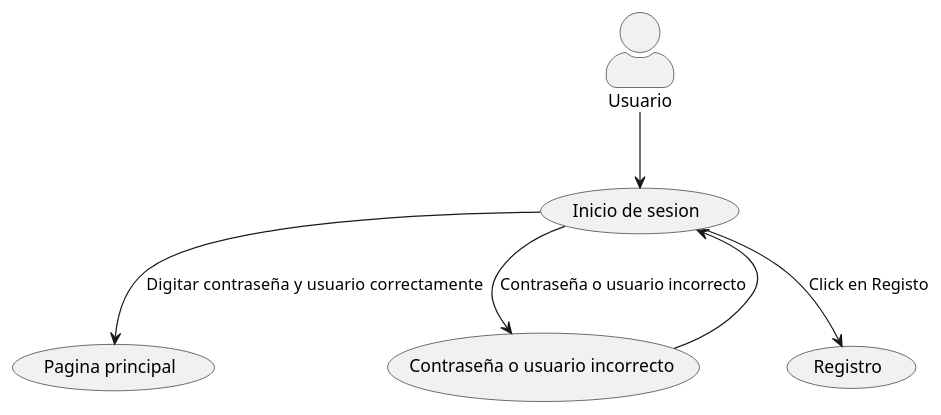
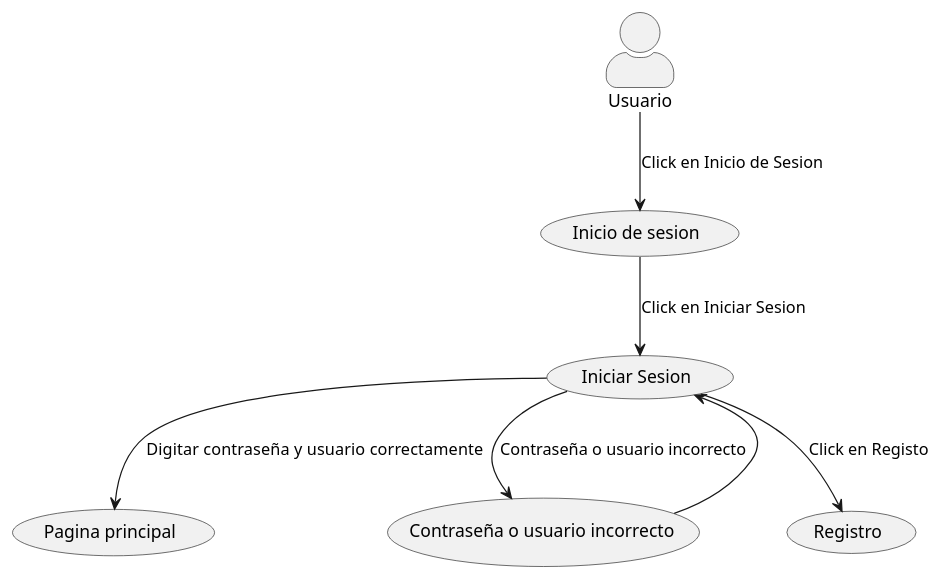
The diagram in IniS.puml (DDSlayer64/Casos-Uso), drawn with PlantUML before and after one commit.

Commit message:
Se modifico IniS

```diff
--- a/IniS.puml
+++ b/IniS.puml
@@ -1,18 +1,20 @@
 @startuml CasosDeUso
 skinparam actorStyle awesome
 
 :Usuario: as usuario 
+(Iniciar Sesion) as iniciarS
 (Inicio de sesion) as inicioS
 (Pagina principal) as principal
 (Contraseña o usuario incorrecto) as Cu
 (Registro) as re
 
 
-inicioS --> principal : Digitar contraseña y usuario  correctamente
-usuario --> inicioS
-inicioS --> Cu : Contraseña o usuario incorrecto 
-Cu --> inicioS
-inicioS --> re :Click en Registo
+inicioS --> iniciarS :Click en Iniciar Sesion
+iniciarS --> principal : Digitar contraseña y usuario  correctamente
+usuario --> inicioS : Click en Inicio de Sesion 
+iniciarS --> Cu : Contraseña o usuario incorrecto 
+Cu --> iniciarS
+iniciarS --> re :Click en Registo
 
 
 @enduml
```
